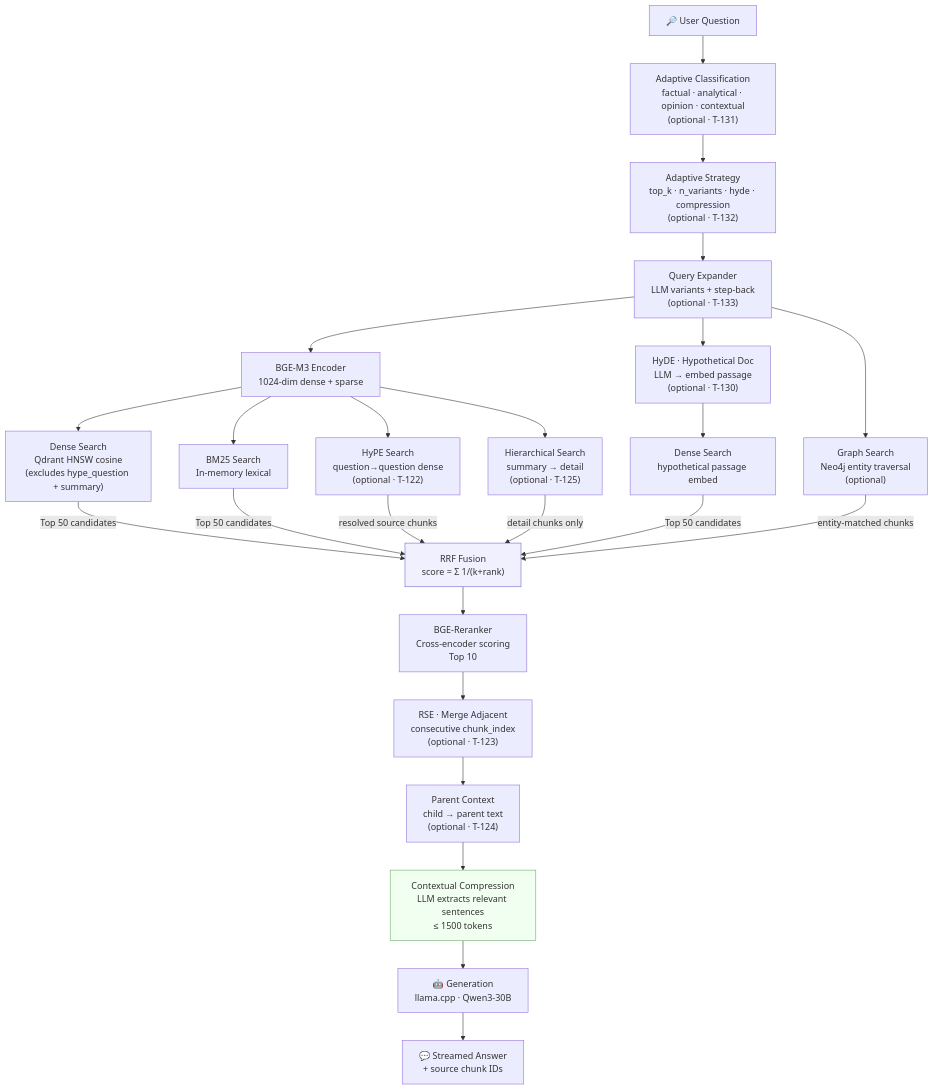
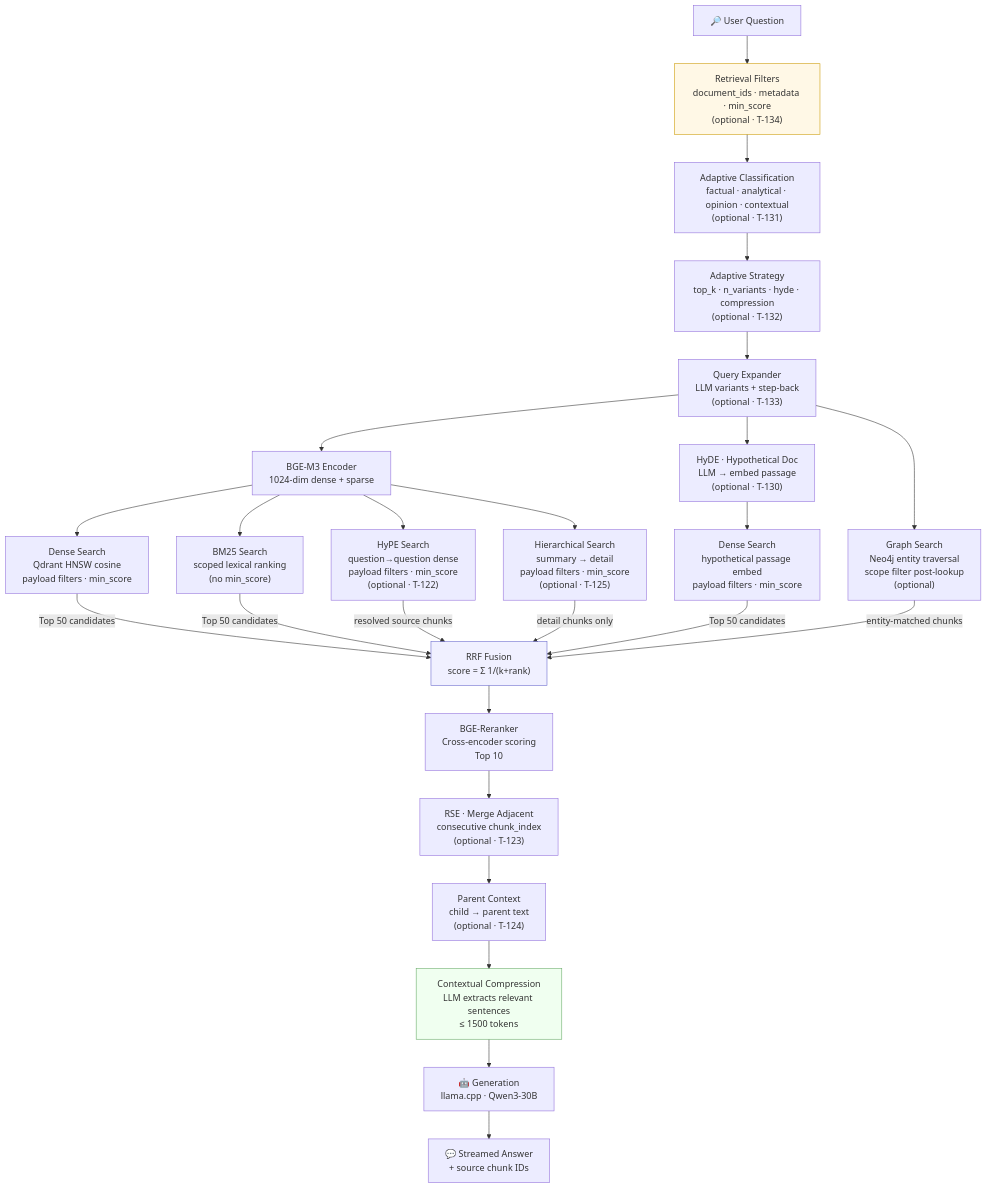
Before and after one commit to ealbertoav/rag_platform: the seventh of 10 diagrams in README.md, drawn with Mermaid. The commit also changed other lines of this file and 23 other files, not shown here.

First line of the commit message:
feat: implement multi-faceted Qdrant filtering and retrieval constraints

````diff
--- a/README.md
+++ b/README.md
@@ -1239,32 +1276,34 @@
 ```mermaid
 flowchart TD
-    Q["🔎 User Question"] --> ADAPT["Adaptive Classification<br/>factual · analytical · opinion · contextual<br/>(optional · T-131)"]
+    Q["🔎 User Question"] --> FILT["Retrieval Filters<br/>document_ids · metadata · min_score<br/>(optional · T-134)"]
+    FILT --> ADAPT["Adaptive Classification<br/>factual · analytical · opinion · contextual<br/>(optional · T-131)"]
     ADAPT --> STRAT["Adaptive Strategy<br/>top_k · n_variants · hyde · compression<br/>(optional · T-132)"]
     STRAT --> QE["Query Expander<br/>LLM variants + step-back<br/>(optional · T-133)"]
     QE --> EMB["BGE-M3 Encoder<br/>1024-dim dense + sparse"]
     QE --> HYDE["HyDE · Hypothetical Doc<br/>LLM → embed passage<br/>(optional · T-130)"]
 
-    EMB --> DS["Dense Search<br/>Qdrant HNSW cosine<br/>(excludes hype_question + summary)"]
-    HYDE --> DS2["Dense Search<br/>hypothetical passage embed"]
-    EMB --> BS["BM25 Search<br/>In-memory lexical"]
-    EMB --> HS["HyPE Search<br/>question→question dense<br/>(optional · T-122)"]
-    EMB --> HRS["Hierarchical Search<br/>summary → detail<br/>(optional · T-125)"]
-    QE --> GS["Graph Search<br/>Neo4j entity traversal<br/>(optional)"]
+    EMB --> DS["Dense Search<br/>Qdrant HNSW cosine<br/>payload filters · min_score"]
+    HYDE --> DS2["Dense Search<br/>hypothetical passage embed<br/>payload filters · min_score"]
+    EMB --> BS["BM25 Search<br/>scoped lexical ranking<br/>(no min_score)"]
+    EMB --> HS["HyPE Search<br/>question→question dense<br/>payload filters · min_score<br/>(optional · T-122)"]
+    EMB --> HRS["Hierarchical Search<br/>summary → detail<br/>payload filters · min_score<br/>(optional · T-125)"]
+    QE --> GS["Graph Search<br/>Neo4j entity traversal<br/>scope filter post-lookup<br/>(optional)"]
 
     DS -->|Top 50 candidates| RRF["RRF Fusion<br/>score = Σ 1/(k+rank)"]
     DS2 -->|Top 50 candidates| RRF
     BS -->|Top 50 candidates| RRF
     HS -->|resolved source chunks| RRF
     HRS -->|detail chunks only| RRF
     GS -->|entity-matched chunks| RRF
 
     RRF --> RR["BGE-Reranker<br/>Cross-encoder scoring<br/>Top 10"]
     RR --> RSE["RSE · Merge Adjacent<br/>consecutive chunk_index<br/>(optional · T-123)"]
     RSE --> PC["Parent Context<br/>child → parent text<br/>(optional · T-124)"]
     PC --> CTX["Contextual Compression<br/>LLM extracts relevant sentences<br/>≤ 1500 tokens"]
     CTX --> GEN["🤖 Generation<br/>llama.cpp · Qwen3-30B"]
     GEN --> ANS["💬 Streamed Answer<br/>+ source chunk IDs"]
 
+    style FILT fill:#fff8e6,stroke:#cc9900
     style RRF fill:#f0f0ff,stroke:#6666cc
     style CTX fill:#f0fff0,stroke:#66aa66
 ```
````
